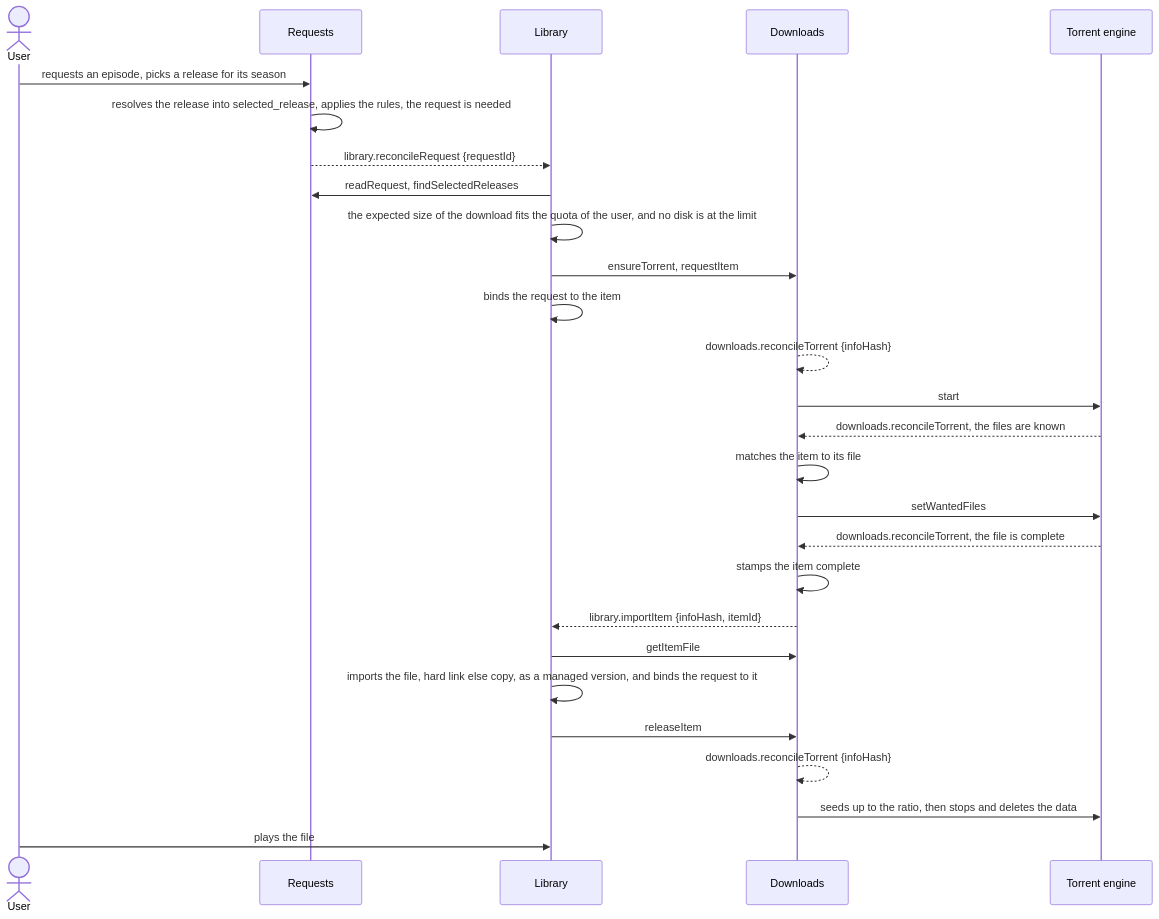
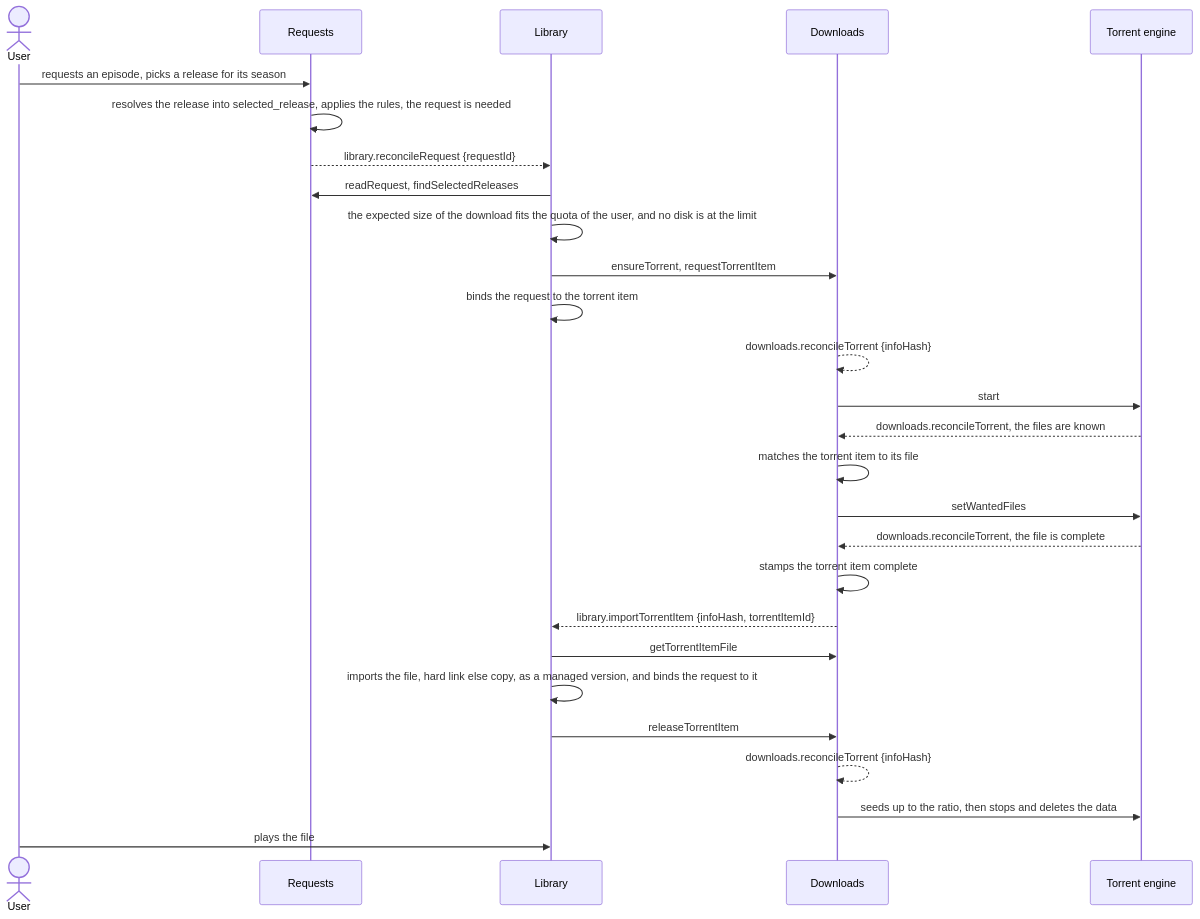
The second of 5 diagrams in docs/backend-architecture.md (aleksilassila/reiverr), drawn with Mermaid before and after one commit. The commit also changed other lines of this file and 26 other files, not shown here.

````diff
--- a/docs/backend-architecture.md
+++ b/docs/backend-architecture.md
@@ -42,30 +42,30 @@
 ```mermaid
 sequenceDiagram
   actor User
   participant Requests
   participant Library
   participant Downloads
   participant Engine as Torrent engine
 
   User->>Requests: requests an episode, picks a release for its season
   Requests->>Requests: resolves the release into selected_release, applies the rules, the request is needed
   Requests-->>Library: library.reconcileRequest {requestId}
   Library->>Requests: readRequest, findSelectedReleases
   Library->>Library: the expected size of the download fits the quota of the user, and no disk is at the limit
-  Library->>Downloads: ensureTorrent, requestItem
-  Library->>Library: binds the request to the item
+  Library->>Downloads: ensureTorrent, requestTorrentItem
+  Library->>Library: binds the request to the torrent item
   Downloads-->>Downloads: downloads.reconcileTorrent {infoHash}
   Downloads->>Engine: start
   Engine-->>Downloads: downloads.reconcileTorrent, the files are known
-  Downloads->>Downloads: matches the item to its file
+  Downloads->>Downloads: matches the torrent item to its file
   Downloads->>Engine: setWantedFiles
   Engine-->>Downloads: downloads.reconcileTorrent, the file is complete
-  Downloads->>Downloads: stamps the item complete
-  Downloads-->>Library: library.importItem {infoHash, itemId}
-  Library->>Downloads: getItemFile
+  Downloads->>Downloads: stamps the torrent item complete
+  Downloads-->>Library: library.importTorrentItem {infoHash, torrentItemId}
+  Library->>Downloads: getTorrentItemFile
   Library->>Library: imports the file, hard link else copy, as a managed version, and binds the request to it
-  Library->>Downloads: releaseItem
+  Library->>Downloads: releaseTorrentItem
   Downloads-->>Downloads: downloads.reconcileTorrent {infoHash}
   Downloads->>Engine: seeds up to the ratio, then stops and deletes the data
   User->>Library: plays the file
 ```
````
